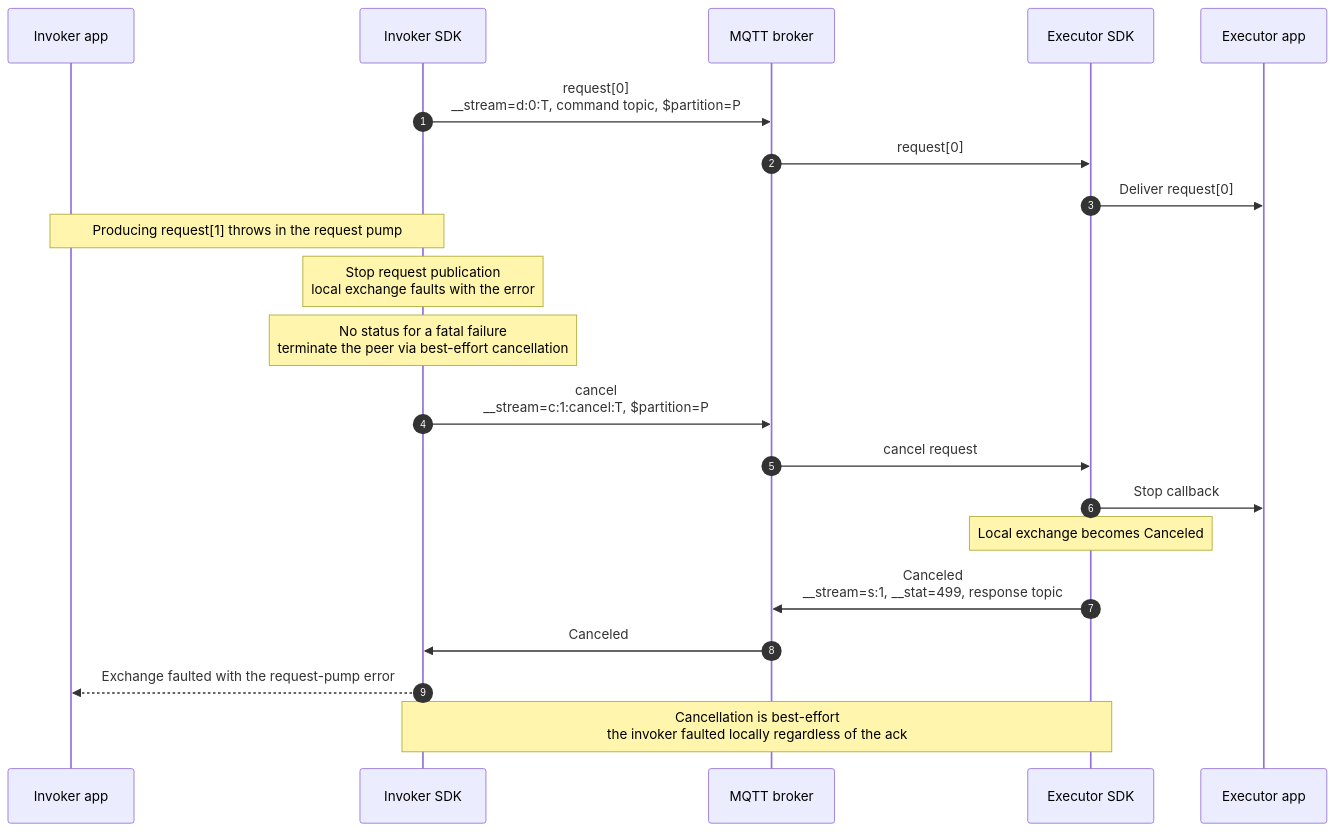
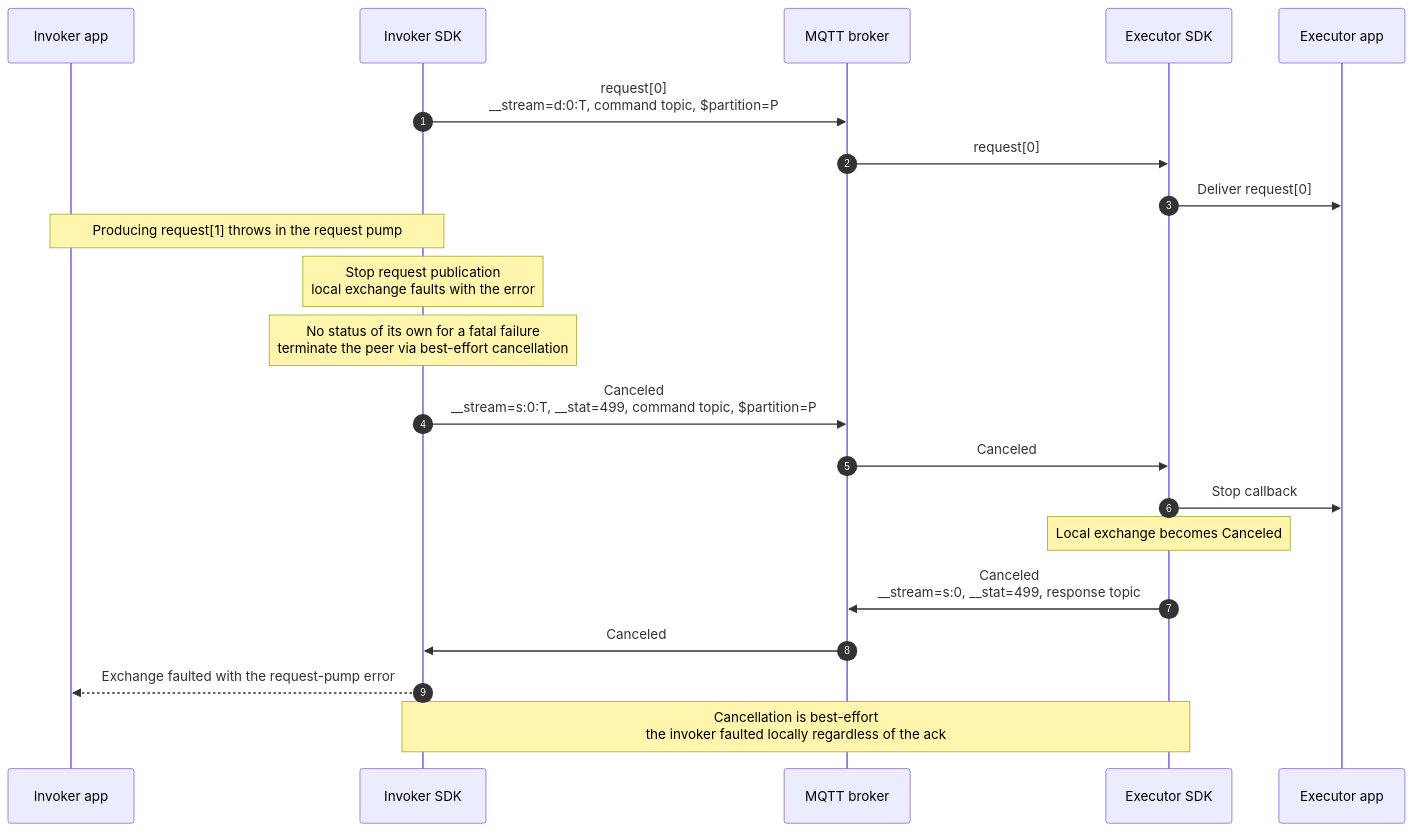
The eighth of 10 diagrams in doc/dev/adr/0025-rpc-streaming-lifecycle-diagrams.md (Azure/iot-operations-sdks), drawn with Mermaid before and after one commit. The commit also changed other lines of this file, not shown here.

Commit message:
fix: clarify cancellation message handling in RPC streaming lifecycle diagrams

````diff
--- a/doc/dev/adr/0025-rpc-streaming-lifecycle-diagrams.md
+++ b/doc/dev/adr/0025-rpc-streaming-lifecycle-diagrams.md
@@ -315,24 +322,24 @@
 ```mermaid
 sequenceDiagram
     autonumber
     participant IA as Invoker app
     participant IS as Invoker SDK
     participant B as MQTT broker
     participant ES as Executor SDK
     participant EA as Executor app
 
     IS->>B: request[0]<br/>__stream=d:0:T, command topic, $partition=P
     B->>ES: request[0]
     ES->>EA: Deliver request[0]
     Note over IA,IS: Producing request[1] throws in the request pump
     Note over IS: Stop request publication<br/>local exchange faults with the error
-    Note over IS: No status for a fatal failure<br/>terminate the peer via best-effort cancellation
-    IS->>B: cancel<br/>__stream=c:1:cancel:T, $partition=P
-    B->>ES: cancel request
+    Note over IS: No status of its own for a fatal failure<br/>terminate the peer via best-effort cancellation
+    IS->>B: Canceled<br/>__stream=s:0:T, __stat=499, command topic, $partition=P
+    B->>ES: Canceled
     ES->>EA: Stop callback
     Note over ES: Local exchange becomes Canceled
-    ES->>B: Canceled<br/>__stream=s:1, __stat=499, response topic
+    ES->>B: Canceled<br/>__stream=s:0, __stat=499, response topic
     B->>IS: Canceled
     IS-->>IA: Exchange faulted with the request-pump error
     Note over IS,ES: Cancellation is best-effort<br/>the invoker faulted locally regardless of the ack
 ```
````
